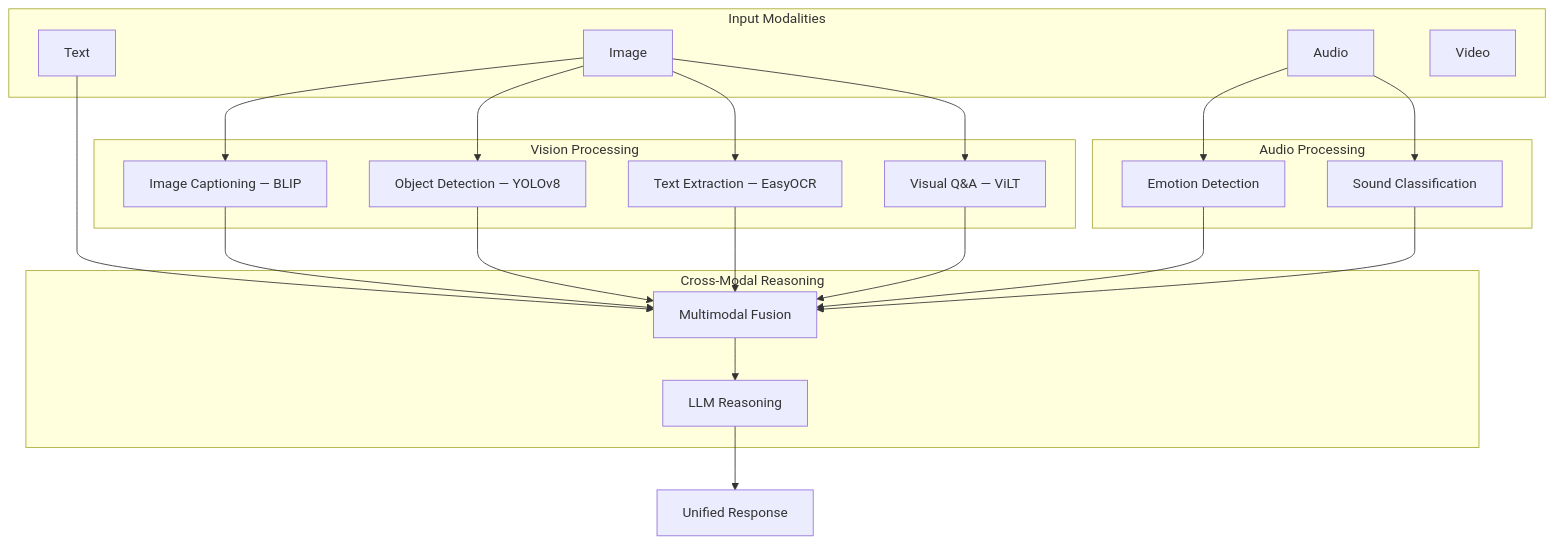
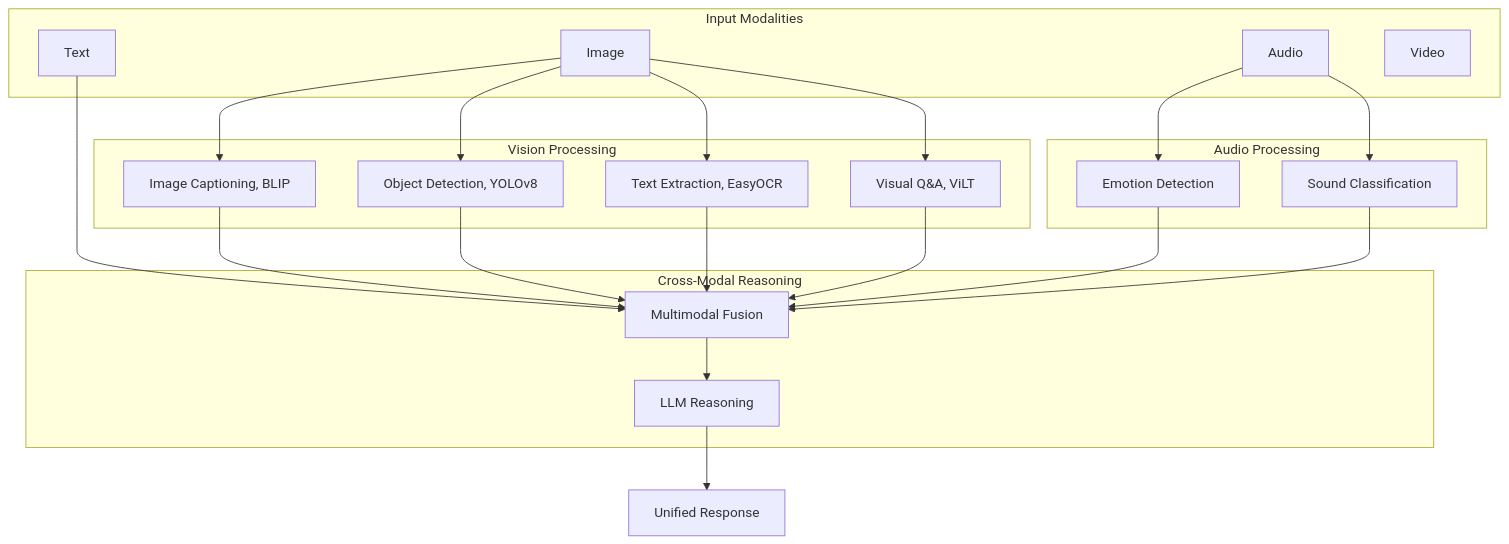
Before and after one commit to bistuwangqiyuan/Open-Sable: diagram 14 of 19 in README.md, drawn with Mermaid. The commit also changed other lines of this file and 8 other files, not shown here.

````diff
--- a/README.md
+++ b/README.md
@@ -1112,44 +1112,44 @@
 ```mermaid
 graph TB
     subgraph "Input Modalities"
         TEXT[Text]
         IMG[Image]
         AUD[Audio]
         VID[Video]
     end
     
     subgraph "Vision Processing"
-        CAPTION[Image Captioning — BLIP]
-        DETECT[Object Detection — YOLOv8]
-        OCR[Text Extraction — EasyOCR]
-        VQA[Visual Q&A — ViLT]
+        CAPTION[Image Captioning, BLIP]
+        DETECT[Object Detection, YOLOv8]
+        OCR[Text Extraction, EasyOCR]
+        VQA[Visual Q&A, ViLT]
     end
     
     subgraph "Audio Processing"
         EMOTION[Emotion Detection]
         CLASSIFY[Sound Classification]
     end
     
     subgraph "Cross-Modal Reasoning"
         FUSION[Multimodal Fusion]
         LLM[LLM Reasoning]
     end
     
     TEXT --> FUSION
     IMG --> CAPTION
     IMG --> DETECT
     IMG --> OCR
     IMG --> VQA
     AUD --> EMOTION
     AUD --> CLASSIFY
     
     CAPTION --> FUSION
     DETECT --> FUSION
     OCR --> FUSION
     VQA --> FUSION
     EMOTION --> FUSION
     CLASSIFY --> FUSION
     
     FUSION --> LLM
     LLM --> OUTPUT[Unified Response]
 ```
````
